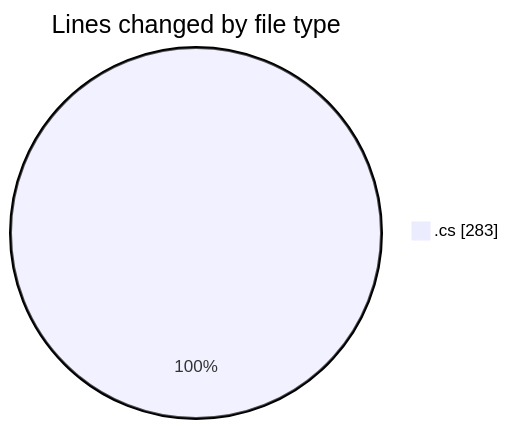
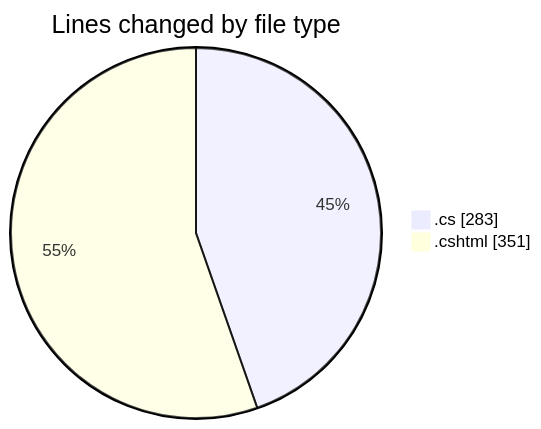
One commit to lephambinh05/code-tracking changed the first of 2 diagrams in 2025-07-15/footballstatsapp/README.md. Above: the diagram before and after it, drawn with Mermaid. The commit also changed other lines of this file and 1 other file, not shown here.

````diff
--- a/2025-07-15/footballstatsapp/README.md
+++ b/2025-07-15/footballstatsapp/README.md
@@ -28,5 +34,6 @@
 ```mermaid
 pie showData
 title Lines changed by file type
 ".cs" : 283
+".cshtml" : 351
 ```
````
